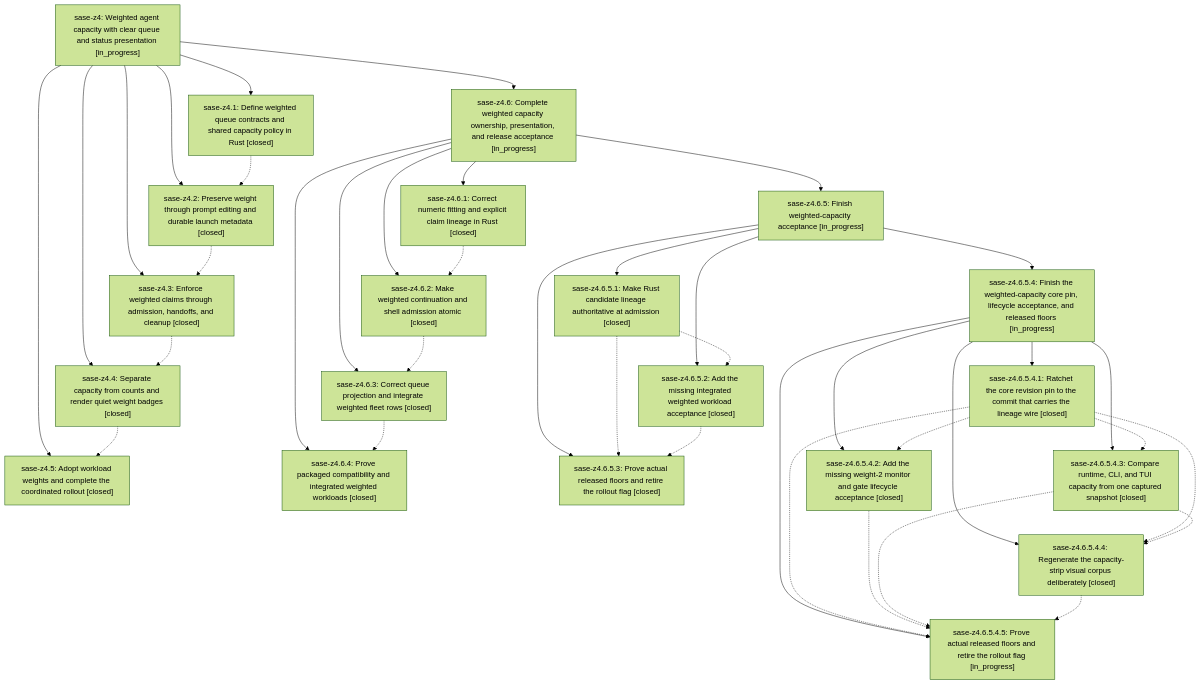
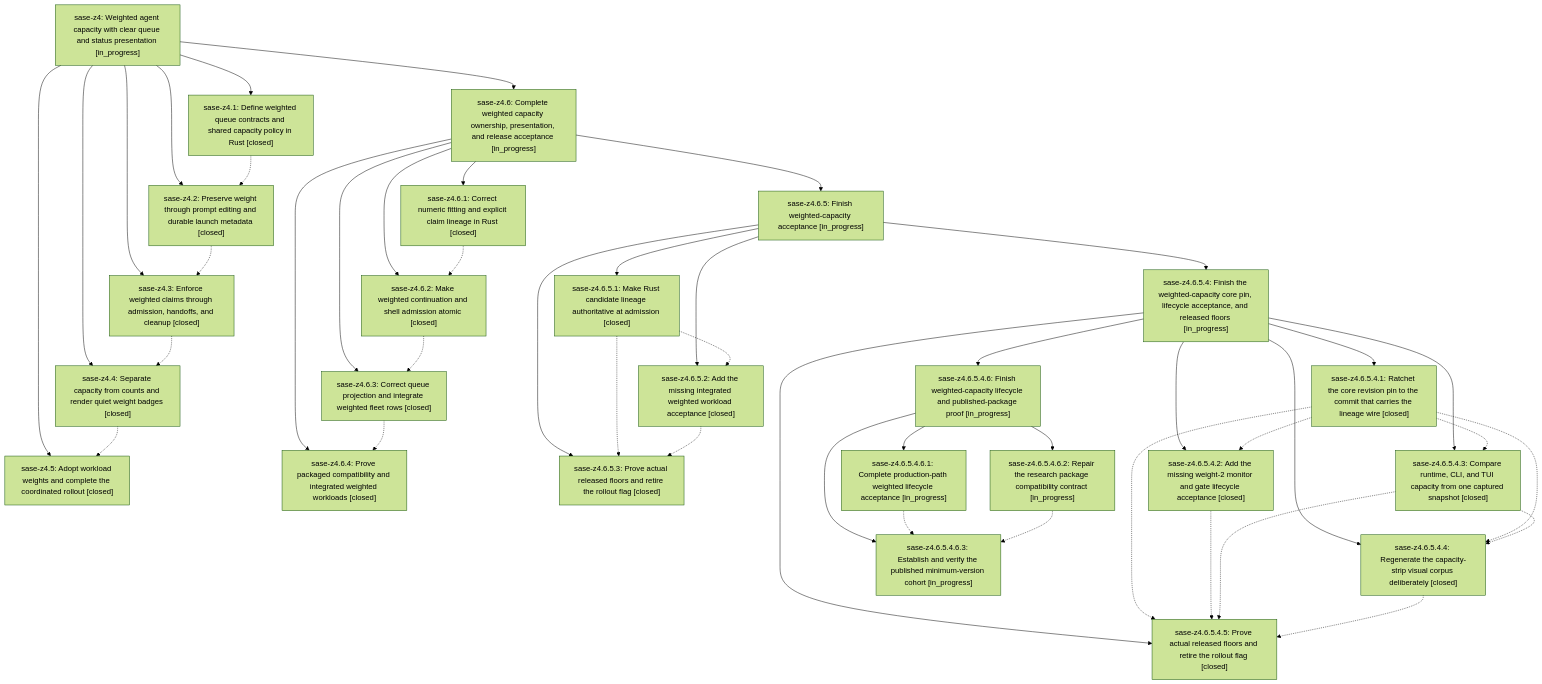
Before and after one commit to sase-org/sase--beads: the diagram in pages/sase-z4/README.md, drawn with Mermaid (forest theme). The commit also changed other lines of this file and 10 other files, not shown here.

````diff
--- a/pages/sase-z4/README.md
+++ b/pages/sase-z4/README.md
@@ -47,62 +49,72 @@
 ```mermaid
 flowchart TD
     n0["sase-z4: Weighted agent capacity with clear queue and status presentation [in_progress]"]
     n1["sase-z4.1: Define weighted queue contracts and shared capacity policy in Rust [closed]"]
     n2["sase-z4.2: Preserve weight through prompt editing and durable launch metadata [closed]"]
     n3["sase-z4.3: Enforce weighted claims through admission, handoffs, and cleanup [closed]"]
     n4["sase-z4.4: Separate capacity from counts and render quiet weight badges [closed]"]
     n5["sase-z4.5: Adopt workload weights and complete the coordinated rollout [closed]"]
     n6["sase-z4.6: Complete weighted capacity ownership, presentation, and release acceptance [in_progress]"]
     n7["sase-z4.6.1: Correct numeric fitting and explicit claim lineage in Rust [closed]"]
     n8["sase-z4.6.2: Make weighted continuation and shell admission atomic [closed]"]
     n9["sase-z4.6.3: Correct queue projection and integrate weighted fleet rows [closed]"]
     n10["sase-z4.6.4: Prove packaged compatibility and integrated weighted workloads [closed]"]
     n11["sase-z4.6.5: Finish weighted-capacity acceptance [in_progress]"]
     n12["sase-z4.6.5.1: Make Rust candidate lineage authoritative at admission [closed]"]
     n13["sase-z4.6.5.2: Add the missing integrated weighted workload acceptance [closed]"]
     n14["sase-z4.6.5.3: Prove actual released floors and retire the rollout flag [closed]"]
     n15["sase-z4.6.5.4: Finish the weighted-capacity core pin, lifecycle acceptance, and released floors [in_progress]"]
     n16["sase-z4.6.5.4.1: Ratchet the core revision pin to the commit that carries the lineage wire [closed]"]
     n17["sase-z4.6.5.4.2: Add the missing weight-2 monitor and gate lifecycle acceptance [closed]"]
     n18["sase-z4.6.5.4.3: Compare runtime, CLI, and TUI capacity from one captured snapshot [closed]"]
     n19["sase-z4.6.5.4.4: Regenerate the capacity-strip visual corpus deliberately [closed]"]
-    n20["sase-z4.6.5.4.5: Prove actual released floors and retire the rollout flag [in_progress]"]
+    n20["sase-z4.6.5.4.5: Prove actual released floors and retire the rollout flag [closed]"]
+    n21["sase-z4.6.5.4.6: Finish weighted-capacity lifecycle and published-package proof [in_progress]"]
+    n22["sase-z4.6.5.4.6.1: Complete production-path weighted lifecycle acceptance [in_progress]"]
+    n23["sase-z4.6.5.4.6.2: Repair the research package compatibility contract [in_progress]"]
+    n24["sase-z4.6.5.4.6.3: Establish and verify the published minimum-version cohort [in_progress]"]
     n0 --> n1
     n0 --> n2
     n0 --> n3
     n0 --> n4
     n0 --> n5
     n0 --> n6
     n6 --> n7
     n6 --> n8
     n6 --> n9
     n6 --> n10
     n6 --> n11
     n11 --> n12
     n11 --> n13
     n11 --> n14
     n11 --> n15
     n15 --> n16
     n15 --> n17
     n15 --> n18
     n15 --> n19
     n15 --> n20
+    n15 --> n21
+    n21 --> n22
+    n21 --> n23
+    n21 --> n24
     n1 -.-> n2
     n2 -.-> n3
     n3 -.-> n4
     n4 -.-> n5
     n7 -.-> n8
     n8 -.-> n9
     n9 -.-> n10
     n12 -.-> n13
     n12 -.-> n14
     n13 -.-> n14
     n16 -.-> n17
     n16 -.-> n18
     n16 -.-> n19
     n16 -.-> n20
     n17 -.-> n20
     n18 -.-> n19
     n18 -.-> n20
     n19 -.-> n20
+    n22 -.-> n24
+    n23 -.-> n24
 ```
````
